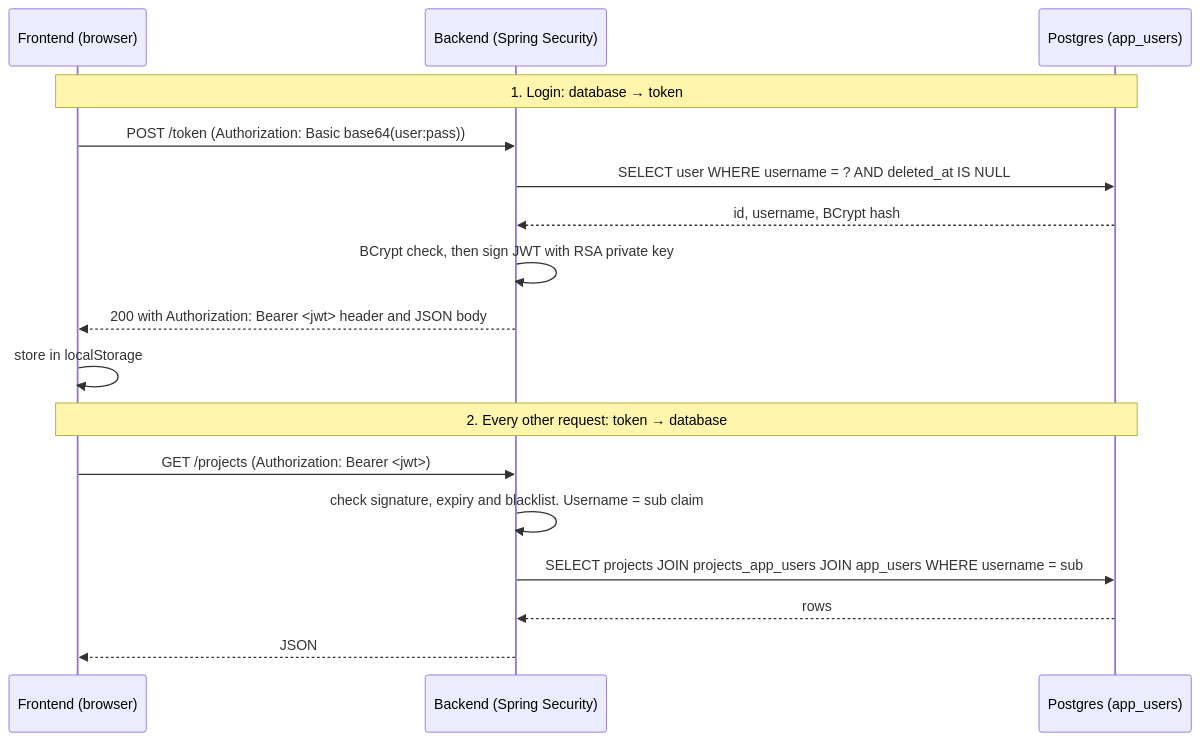
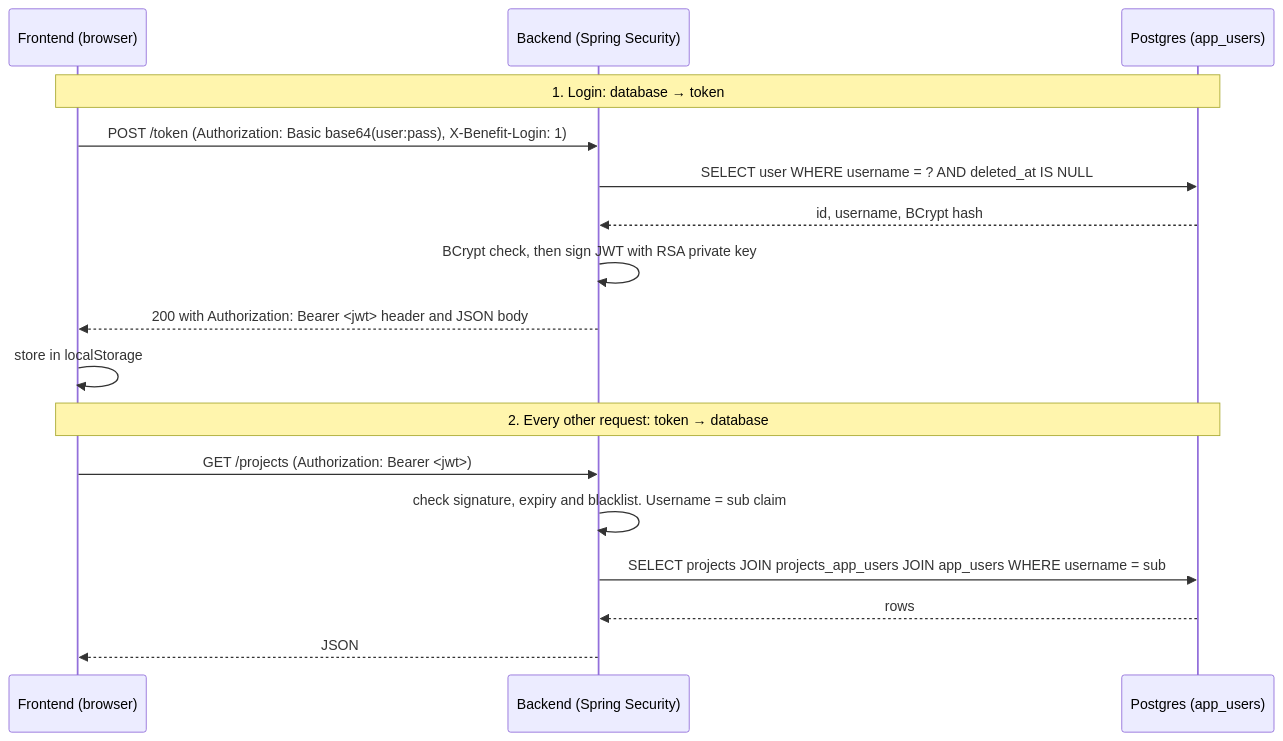
Before and after one commit to fisma-benefit-app/benefit-app: the diagram in documents/guides/authentication.md, drawn with Mermaid. The commit also changed other lines of this file and 10 other files, not shown here.

Commit message:
Restrict Basic authentication to explicit login

````diff
--- a/documents/guides/authentication.md
+++ b/documents/guides/authentication.md
@@ -19,21 +19,21 @@
 ```mermaid
 sequenceDiagram
     participant FE as Frontend (browser)
     participant BE as Backend (Spring Security)
     participant DB as Postgres (app_users)
 
     Note over FE,DB: 1. Login: database → token
-    FE->>BE: POST /token (Authorization: Basic base64(user:pass))
+    FE->>BE: POST /token (Authorization: Basic base64(user:pass), X-Benefit-Login: 1)
     BE->>DB: SELECT user WHERE username = ? AND deleted_at IS NULL
     DB-->>BE: id, username, BCrypt hash
     BE->>BE: BCrypt check, then sign JWT with RSA private key
     BE-->>FE: 200 with Authorization: Bearer <jwt> header and JSON body
     FE->>FE: store in localStorage
 
     Note over FE,DB: 2. Every other request: token → database
     FE->>BE: GET /projects (Authorization: Bearer <jwt>)
     BE->>BE: check signature, expiry and blacklist. Username = sub claim
     BE->>DB: SELECT projects JOIN projects_app_users JOIN app_users WHERE username = sub
     DB-->>BE: rows
     BE-->>FE: JSON
 ```
````
